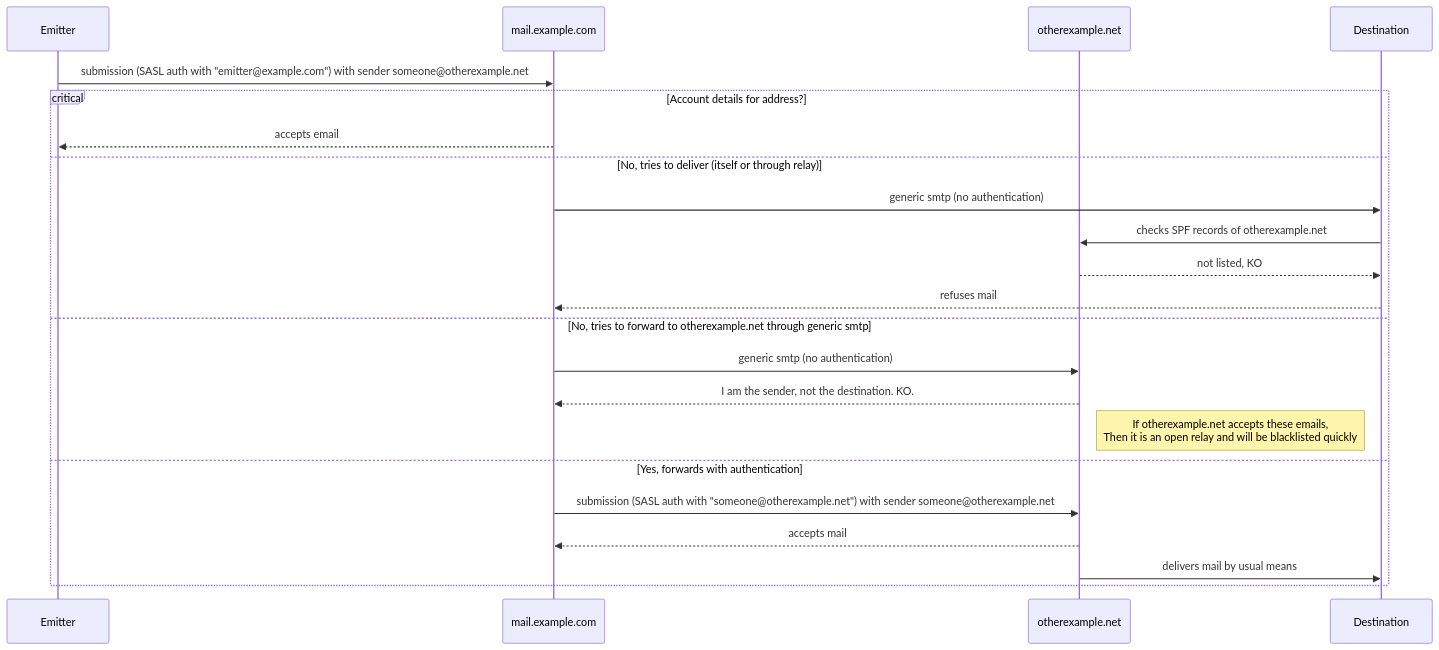
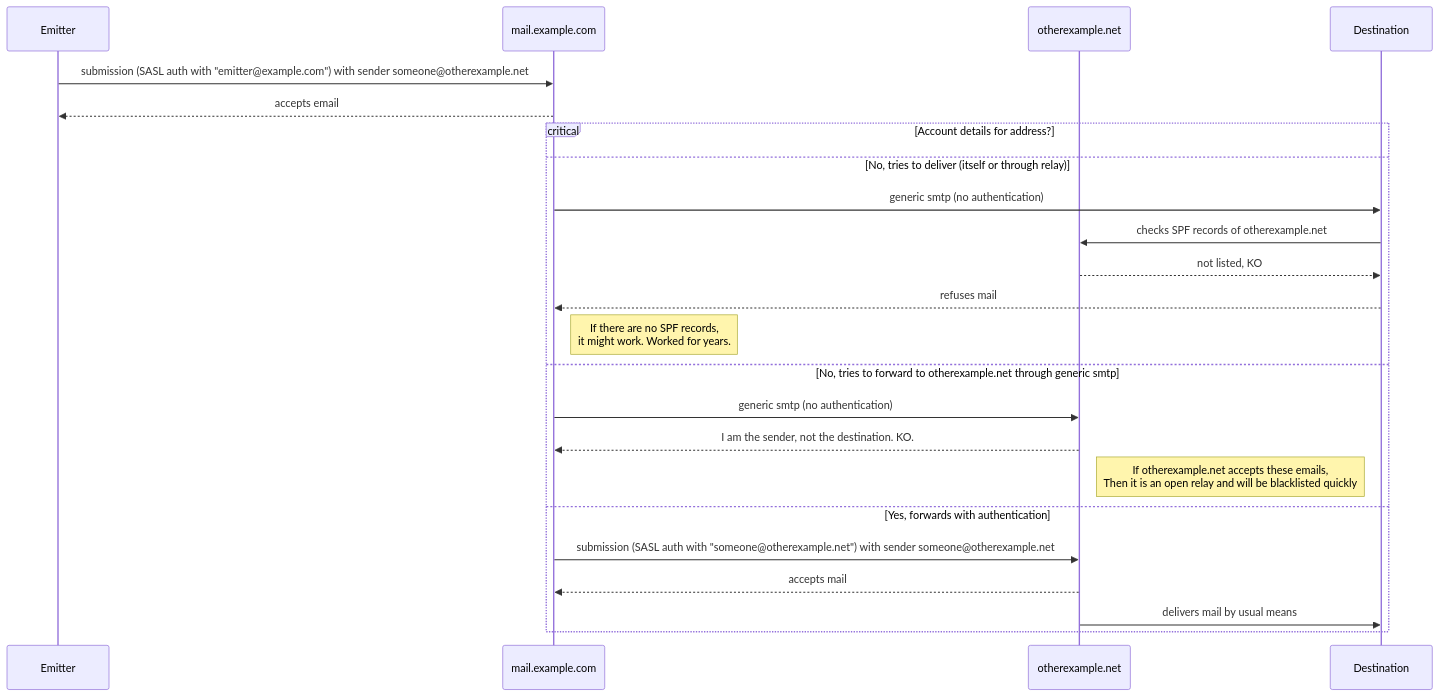
One commit to jcdubacq/jcdubacq.github.io changed the third of 3 diagrams in docs/postfix-graphics.md. Above: the diagram before and after it, drawn with Mermaid.

Commit message:
Minor fixes to the graphics

````diff
--- a/docs/postfix-graphics.md
+++ b/docs/postfix-graphics.md
@@ -43,24 +43,25 @@
 ```mermaid
 sequenceDiagram
     participant Emitter
     participant mail.example.com
     participant otherexample.net
     participant Destination
     Emitter->>mail.example.com: submission (SASL auth with "emitter@example.com") with sender someone@otherexample.net
+    mail.example.com-->>Emitter: accepts email
     critical Account details for address?
-    mail.example.com-->>Emitter: accepts email
     option No, tries to deliver (itself or through relay)
     mail.example.com->>Destination: generic smtp (no authentication)
     Destination->>otherexample.net: checks SPF records of otherexample.net
     otherexample.net-->>Destination: not listed, KO
     Destination-->>mail.example.com: refuses mail
+    Note right of mail.example.com: If there are no SPF records,<br/>it might work. Worked for years.
     option No, tries to forward to otherexample.net through generic smtp
     mail.example.com->>otherexample.net: generic smtp (no authentication)
     otherexample.net-->>mail.example.com: I am the sender, not the destination. KO.
     Note right of otherexample.net: If otherexample.net accepts these emails,<br/>Then it is an open relay and will be blacklisted quickly
     option Yes, forwards with authentication
     mail.example.com->>otherexample.net: submission (SASL auth with "someone@otherexample.net") with sender someone@otherexample.net
     otherexample.net-->>mail.example.com: accepts mail
     otherexample.net->>Destination: delivers mail by usual means
     end
 ```
````
